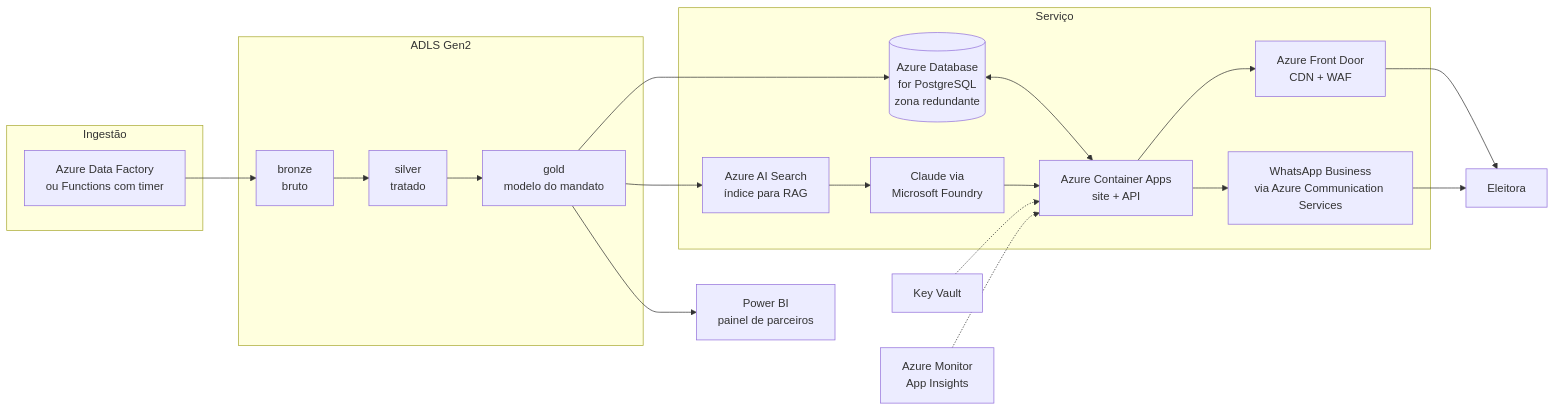
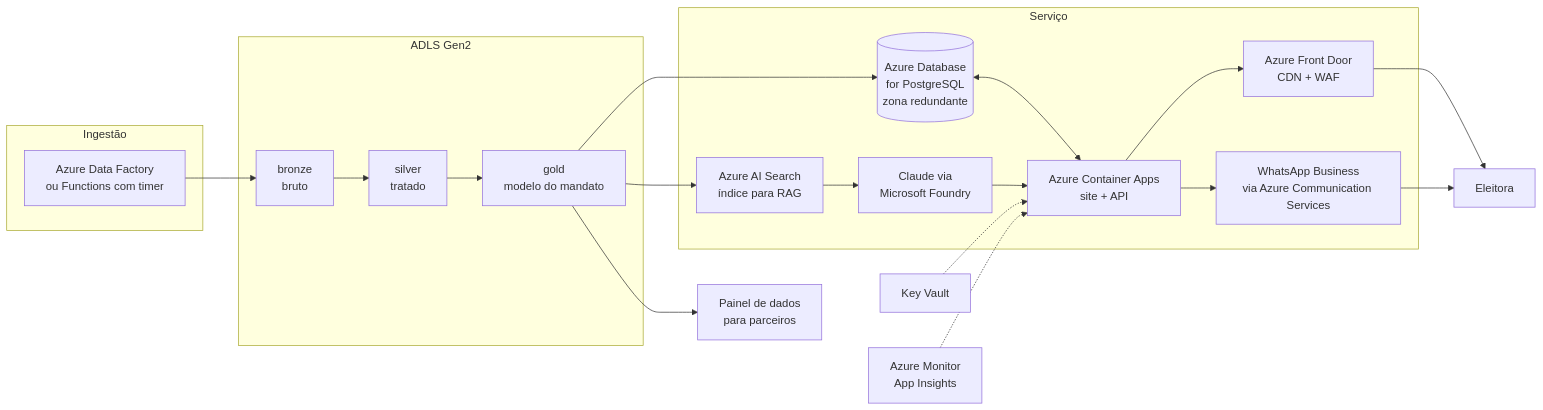
One commit to jffdevbr/politizeme changed the second of 2 diagrams in docs/ARQUITETURA.md. Above: the diagram before and after it, drawn with Mermaid. The commit also changed other lines of this file and 1 other file, not shown here.

````diff
--- a/docs/ARQUITETURA.md
+++ b/docs/ARQUITETURA.md
@@ -75,33 +75,33 @@
 ```mermaid
 flowchart LR
     subgraph Ingestão
         ADF[Azure Data Factory<br/>ou Functions com timer]
     end
     subgraph Data Lake [ADLS Gen2]
         B[bronze<br/>bruto]
         S[silver<br/>tratado]
         G[gold<br/>modelo do mandato]
     end
     subgraph Serviço
         PG[(Azure Database<br/>for PostgreSQL<br/>zona redundante)]
         AIS[Azure AI Search<br/>índice para RAG]
         LLM[Claude via<br/>Microsoft Foundry]
         ACA[Azure Container Apps<br/>site + API]
         FD[Azure Front Door<br/>CDN + WAF]
         WA[WhatsApp Business<br/>via Azure Communication Services]
     end
-    PBI[Power BI<br/>painel de parceiros]
+    PBI[Painel de dados<br/>para parceiros]
     KV[Key Vault]
     MON[Azure Monitor<br/>App Insights]
 
     ADF --> B --> S --> G
     G --> PG
     G --> AIS
     G --> PBI
     PG <--> ACA
     AIS --> LLM --> ACA
     ACA --> FD --> Eleitora
     ACA --> WA --> Eleitora
     KV -.-> ACA
     MON -.-> ACA
 ```
````
